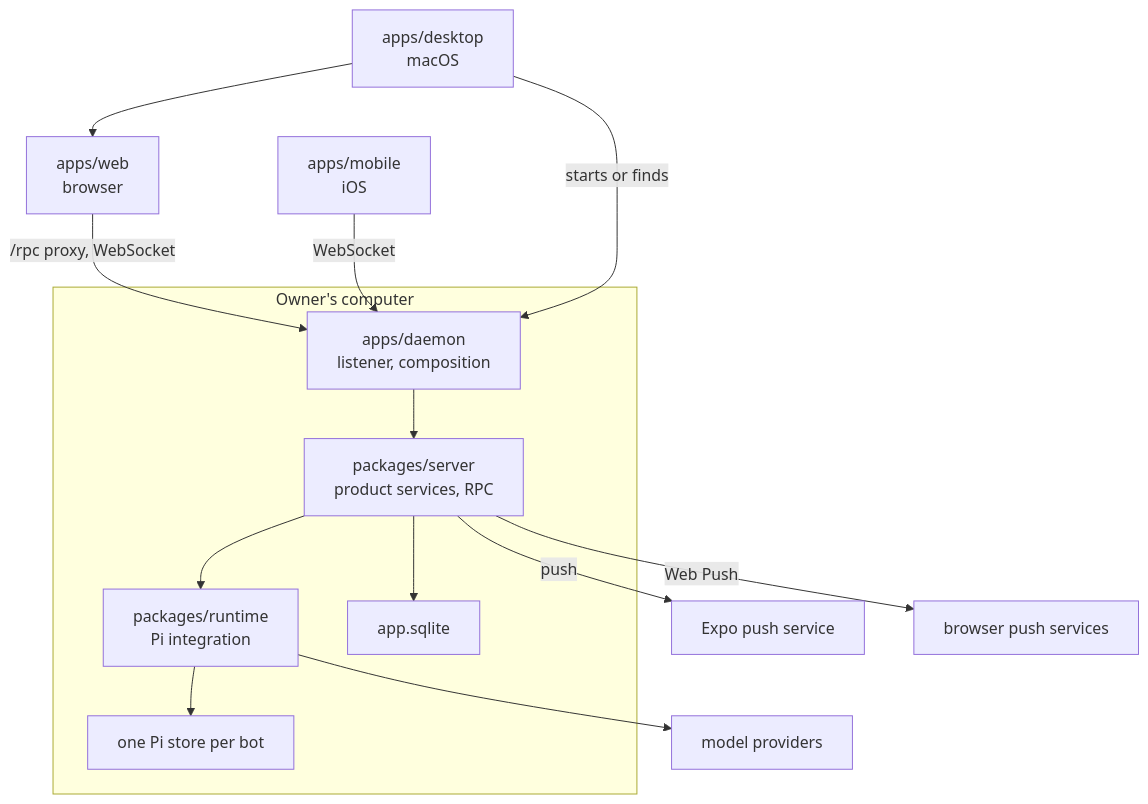
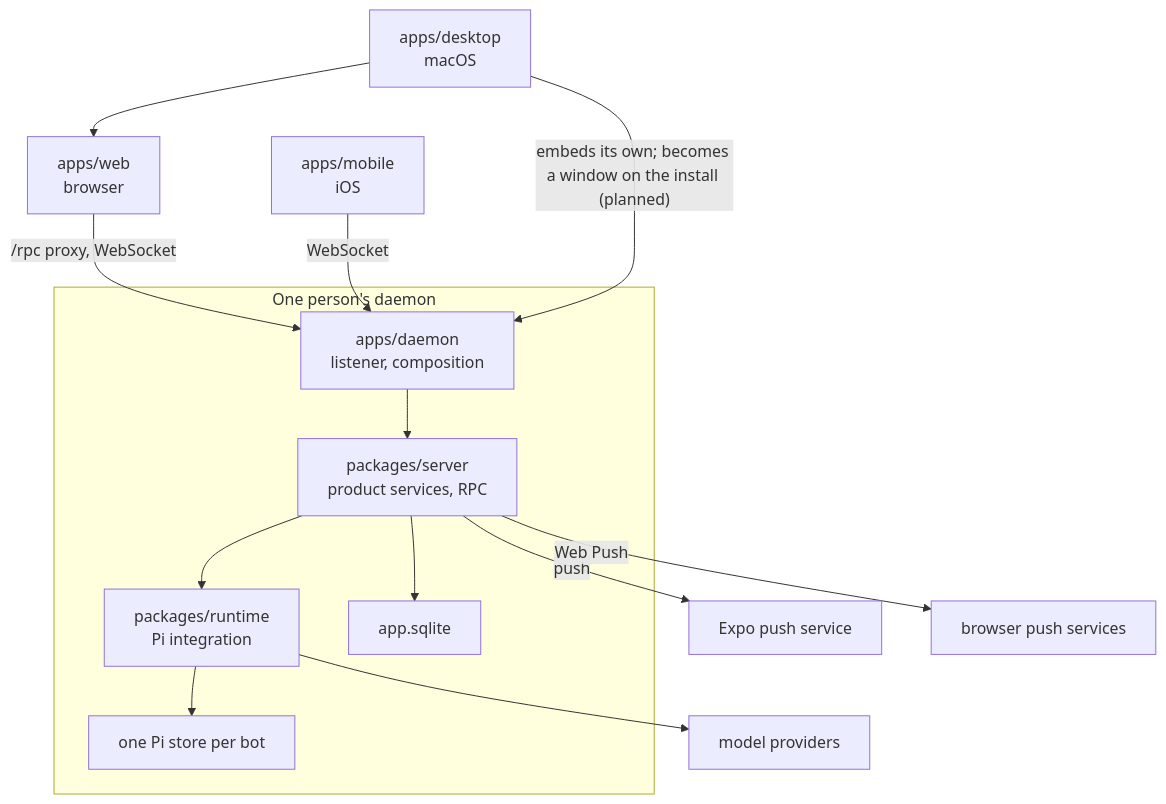
Before and after one commit to meetvinci/vinci: the first of 4 diagrams in .agents/references/architecture.md, drawn with Mermaid. The commit also changed other lines of this file and 8 other files, not shown here.

First line of the commit message:
One install mode, piece E: docs and guidance (owner-approved rule-file text)

````diff
--- a/.agents/references/architecture.md
+++ b/.agents/references/architecture.md
@@ -18,16 +18,16 @@
 ```mermaid
 flowchart TB
   Web["apps/web<br/>browser"] -->|"/rpc proxy, WebSocket"| Daemon
   Mobile["apps/mobile<br/>iOS"] -->|"WebSocket"| Daemon
-  Desktop["apps/desktop<br/>macOS"] -->|"starts or finds"| Daemon
+  Desktop["apps/desktop<br/>macOS"] -->|"embeds its own; becomes a window on the install (planned)"| Daemon
   Desktop --> Web
-  subgraph Host["Owner's computer"]
+  subgraph Host["One person's daemon"]
     Daemon["apps/daemon<br/>listener, composition"] --> Server["packages/server<br/>product services, RPC"]
     Server --> Runtime["packages/runtime<br/>Pi integration"]
     Runtime --> Stores["one Pi store per bot"]
     Server --> SQL["app.sqlite"]
   end
   Runtime --> Models["model providers"]
   Server -->|"push"| Expo["Expo push service"]
   Server -->|"Web Push"| WebPush["browser push services"]
 ```
````
